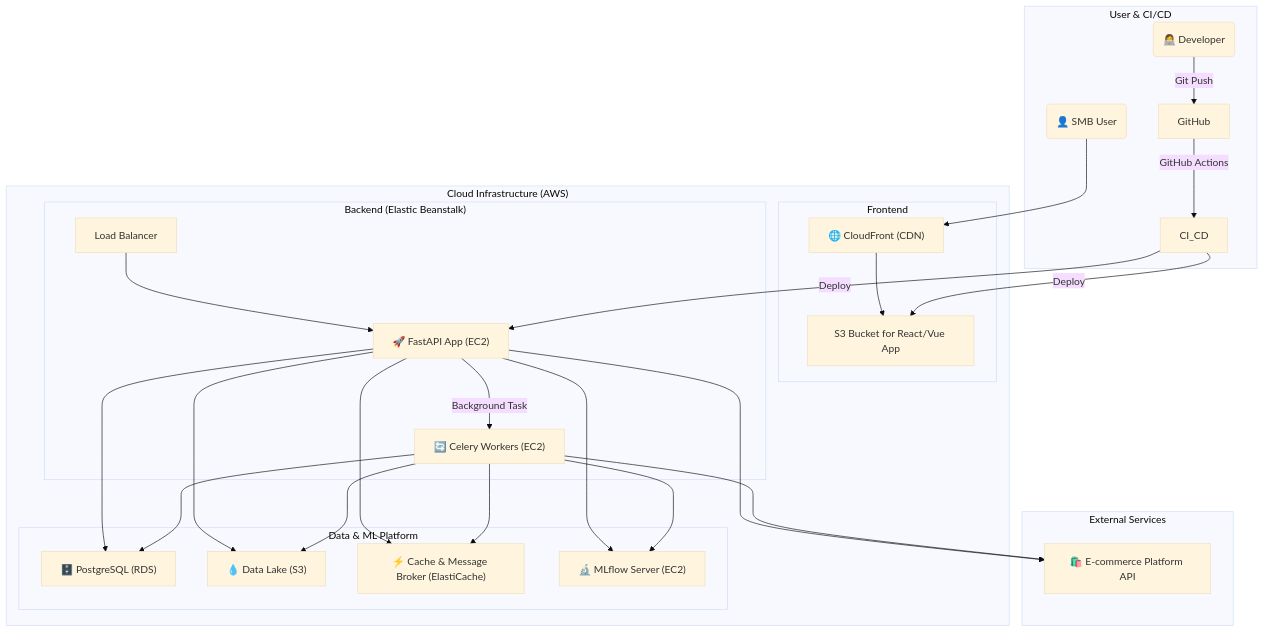
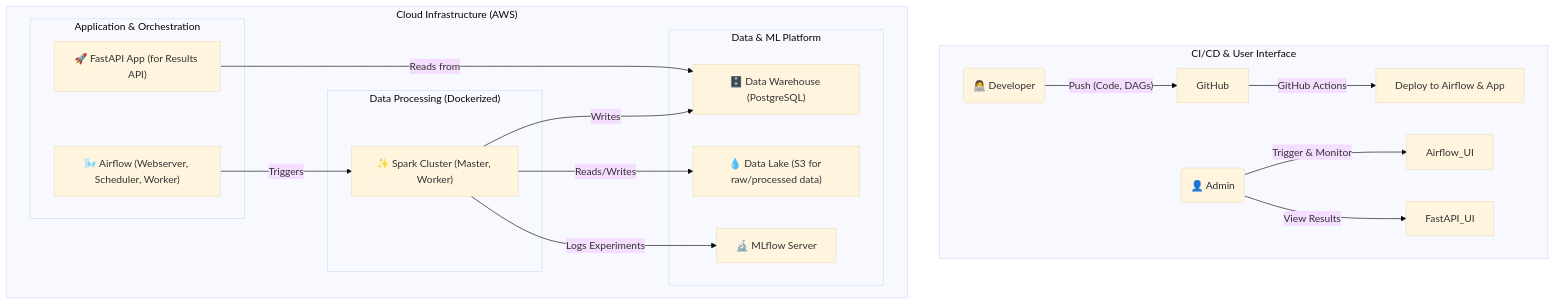
The first of 2 diagrams in README.md (SU-KDT-2025-FINAL/mlops-lifecycle-management), drawn with Mermaid (base theme) before and after one commit. The commit also changed other lines of this file, not shown here.

````diff
--- a/README.md
+++ b/README.md
@@ -26,47 +22,33 @@
 ```mermaid
 graph TD
-    subgraph "User & CI/CD"
-        User("👤 SMB User")
-        Developer("👩‍💻 Developer") -- "Git Push" --> GitHub
-        GitHub -- "GitHub Actions" --> CI_CD
+    subgraph "CI/CD & User Interface"
+        Developer("👩‍💻 Developer") -- "Push (Code, DAGs)" --> GitHub
+        GitHub -- "GitHub Actions" --> CI_CD["Deploy to Airflow & App"]
+        Admin("👤 Admin") -- "Trigger & Monitor" --> Airflow_UI
+        Admin -- "View Results" --> FastAPI_UI
     end
 
     subgraph "Cloud Infrastructure (AWS)"
-        subgraph "Frontend"
-            CloudFront["🌐 CloudFront (CDN)"] --> S3_Frontend["S3 Bucket for React/Vue App"]
+        subgraph "Application & Orchestration"
+            Airflow_Webserver["🌬️ Airflow (Webserver, Scheduler, Worker)"]
+            FastAPI_App["🚀 FastAPI App (for Results API)"]
         end
 
-        subgraph "Backend (Elastic Beanstalk)"
-            ELB["Load Balancer"] --> FastAPI_App["🚀 FastAPI App (EC2)"]
-            FastAPI_App -- "Background Task" --> Celery
-            Celery["🔄 Celery Workers (EC2)"]
+        subgraph "Data Processing (Dockerized)"
+            SparkCluster["✨ Spark Cluster (Master, Worker)"]
         end
 
         subgraph "Data & ML Platform"
-            RDS["🗄️ PostgreSQL (RDS)"]
-            S3_Data["💧 Data Lake (S3)"]
-            Redis["⚡ Cache & Message Broker (ElastiCache)"]
-            MLflow_Server["🔬 MLflow Server (EC2)"]
+            RDS["🗄️ Data Warehouse (PostgreSQL)"]
+            S3_Data["💧 Data Lake (S3 for raw/processed data)"]
+            MLflow_Server["🔬 MLflow Server"]
         end
     end
-    
-    subgraph "External Services"
-        EcommerceAPI["🛍️ E-commerce Platform API"]
-    end
 
-    User --> CloudFront
-    CI_CD -- "Deploy" --> S3_Frontend
-    CI_CD -- "Deploy" --> FastAPI_App
+    Airflow_Webserver -- "Triggers" --> SparkCluster
+    FastAPI_App -- "Reads from" --> RDS
 
-    FastAPI_App --> RDS
-    FastAPI_App --> Redis
-    FastAPI_App --> S3_Data
-    FastAPI_App --> MLflow_Server
-    FastAPI_App --> EcommerceAPI
-    
-    Celery --> RDS
-    Celery --> Redis
-    Celery --> S3_Data
-    Celery --> MLflow_Server
-    Celery --> EcommerceAPI
+    SparkCluster -- "Reads/Writes" --> S3_Data
+    SparkCluster -- "Writes" --> RDS
+    SparkCluster -- "Logs Experiments" --> MLflow_Server
 ```
````
